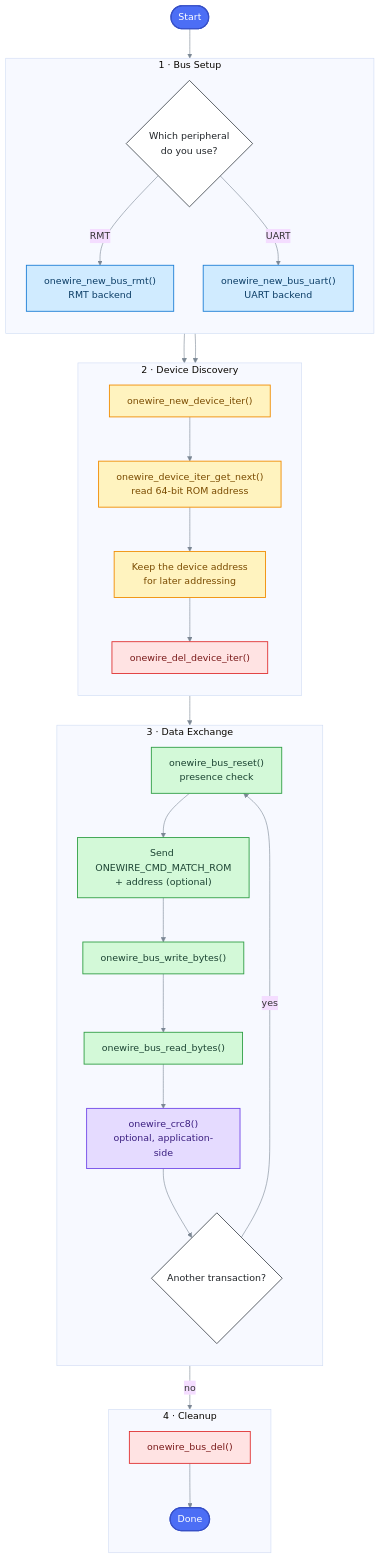
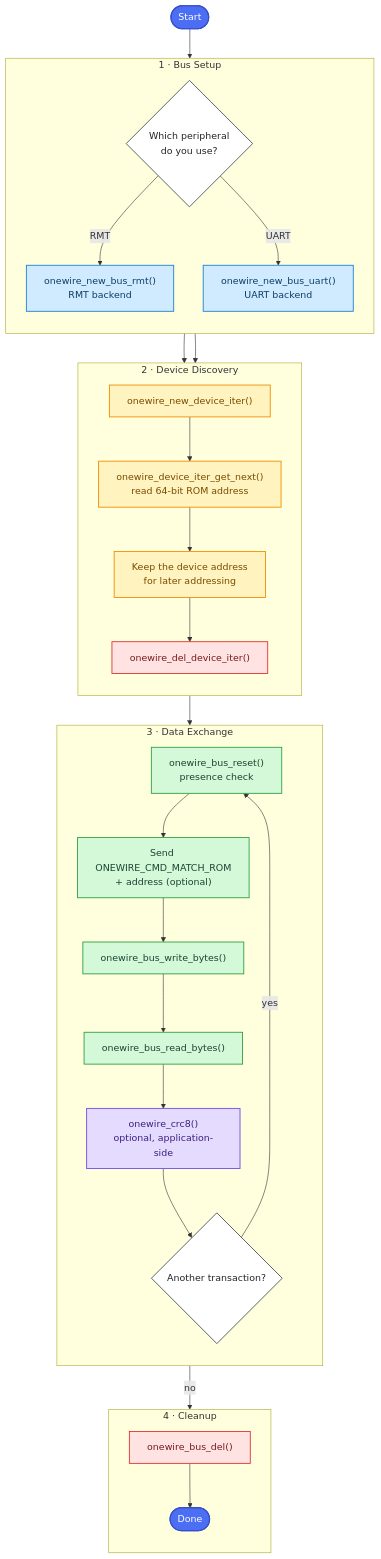
The diagram in onewire_bus/docs/src/index.md (espressif/idf-extra-components), drawn with Mermaid before and after one commit. The commit also changed other lines of this file and 6 other files, not shown here.

First line of the commit message:
docs(onewire_bus): add 1-Wire bus basics guide with timing diagrams

````diff
--- a/onewire_bus/docs/src/index.md
+++ b/onewire_bus/docs/src/index.md
@@ -19,54 +26,53 @@
 ```mermaid
-%%{init: {"theme": "base", "themeVariables": {"lineColor": "#7b8794"}}}%%
 flowchart TD
     start(["Start"]):::entry
 
     subgraph SETUP["1 · Bus Setup"]
         direction TB
         choose{"Which peripheral<br/>do you use?"}:::decision
         rmt["onewire_new_bus_rmt()<br/>RMT backend"]:::setup
         uart["onewire_new_bus_uart()<br/>UART backend"]:::setup
     end
 
     subgraph DISCOVERY["2 · Device Discovery"]
         direction TB
         iter["onewire_new_device_iter()"]:::discovery
         enum["onewire_device_iter_get_next()<br/>read 64-bit ROM address"]:::discovery
         address["Keep the device address<br/>for later addressing"]:::discovery
         del_iter["onewire_del_device_iter()"]:::cleanup
     end
 
     subgraph EXCHANGE["3 · Data Exchange"]
         direction TB
         reset["onewire_bus_reset()<br/>presence check"]:::exchange
         match["Send ONEWIRE_CMD_MATCH_ROM<br/>+ address (optional)"]:::exchange
         write["onewire_bus_write_bytes()"]:::exchange
         read["onewire_bus_read_bytes()"]:::exchange
         crc["onewire_crc8()<br/>optional, application-side"]:::validate
         more{"Another transaction?"}:::decision
     end
 
     subgraph CLEANUP["4 · Cleanup"]
         direction TB
         del_bus["onewire_bus_del()"]:::cleanup
         end_node(["Done"]):::entry
     end
 
     start --> choose
     choose -- "RMT" --> rmt
     choose -- "UART" --> uart
     rmt --> iter
     uart --> iter
     iter --> enum --> address --> del_iter --> reset
     reset --> match --> write --> read --> crc --> more
     more -- "yes" --> reset
     more -- "no" --> del_bus --> end_node
 
     classDef entry fill:#4c6ef5,stroke:#364fc7,stroke-width:2px,color:#ffffff
     classDef setup fill:#d0ebff,stroke:#1c7ed6,stroke-width:1.5px,color:#0b3d66
     classDef discovery fill:#fff3bf,stroke:#f08c00,stroke-width:1.5px,color:#7a4b00
     classDef exchange fill:#d3f9d8,stroke:#2f9e44,stroke-width:1.5px,color:#1b4332
     classDef validate fill:#e5dbff,stroke:#7048e8,stroke-width:1.5px,color:#3b1f80
     classDef cleanup fill:#ffe3e3,stroke:#e03131,stroke-width:1.5px,color:#7a1a1a
     classDef decision fill:#ffffff,stroke:#495057,stroke-width:1.5px,color:#212529
 ```
````
